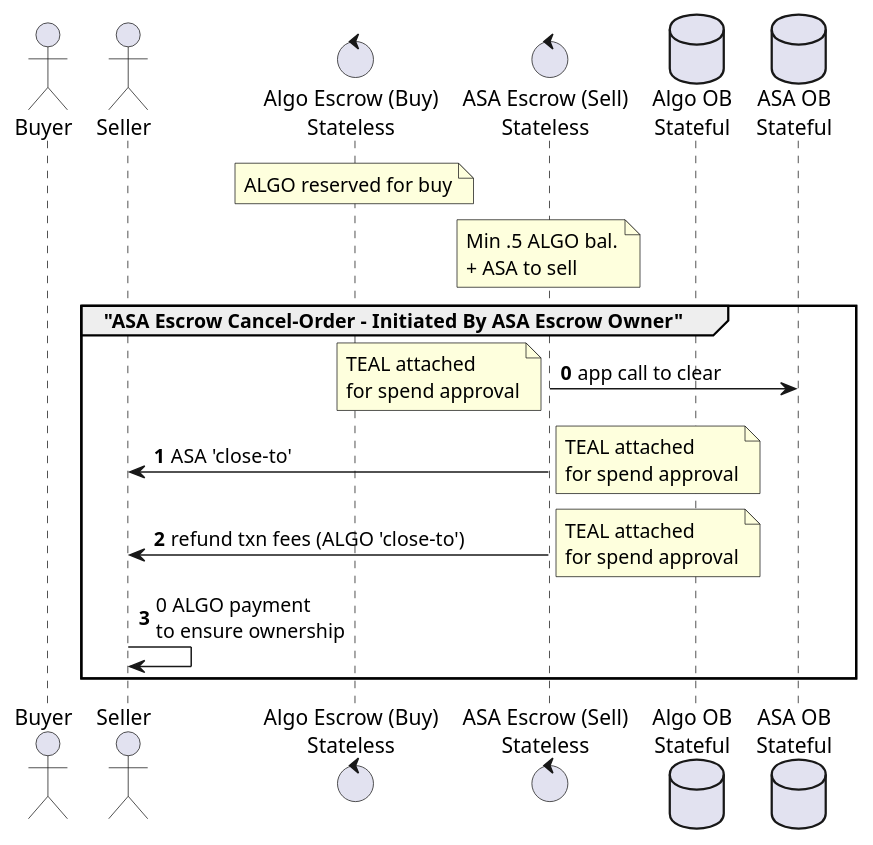
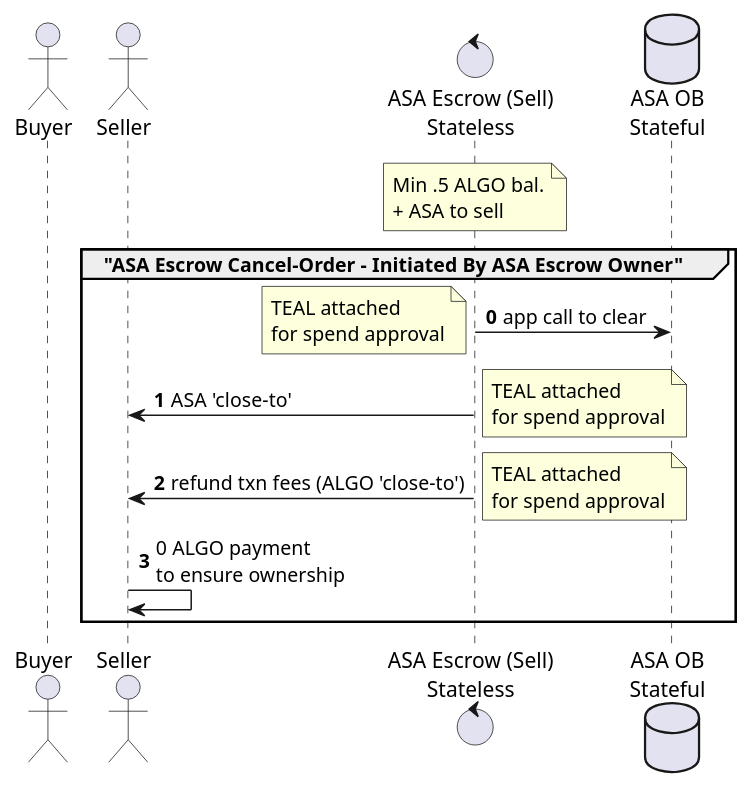
The diagram in diagrams/asa_escrow_cancel_order.puml (algodex/algodex-architecture), drawn with PlantUML before and after one commit. The commit also changed 15 other files, not shown here.

Commit message:
Update diagrams

```diff
--- a/diagrams/asa_escrow_cancel_order.puml
+++ b/diagrams/asa_escrow_cancel_order.puml
@@ -1,22 +1,19 @@
 @startuml
 actor Buyer
 actor Seller
-control "Algo Escrow (Buy)\nStateless" as AlgoEscrow
 control "ASA Escrow (Sell)\nStateless" as ASAEscrow
-database "Algo OB\nStateful" as AlgoOB
 database "ASA OB\nStateful" as ASAOB
-note over AlgoEscrow: ALGO reserved for buy
 note over ASAEscrow: Min .5 ALGO bal.\n+ ASA to sell
 
 group "ASA Escrow Cancel-Order - Initiated By ASA Escrow Owner"
 autonumber 0
 ASAEscrow -> ASAOB: app call to clear
 note left: TEAL attached\nfor spend approval
 ASAEscrow -> Seller: ASA 'close-to'
 note right: TEAL attached\nfor spend approval
 ASAEscrow -> Seller: refund txn fees (ALGO 'close-to')
 note right: TEAL attached\nfor spend approval
 Seller -> Seller: 0 ALGO payment\nto ensure ownership
 end
 
 @enduml
```
